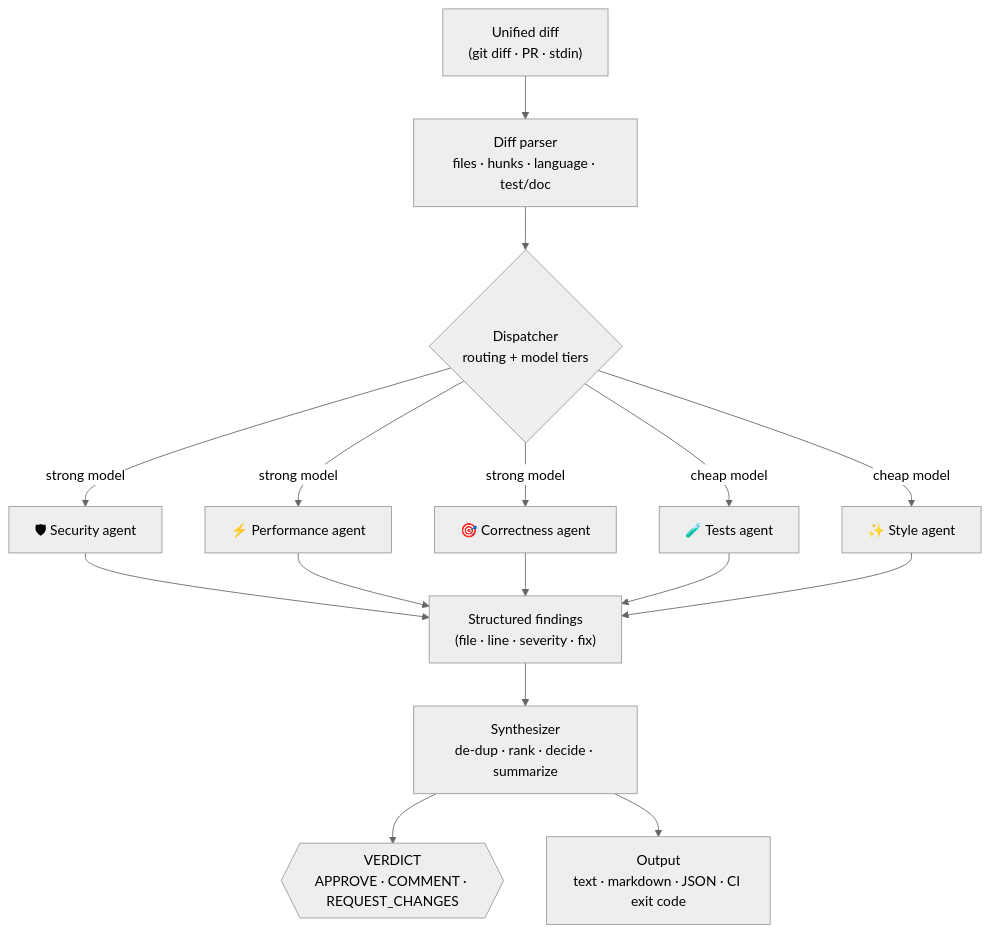
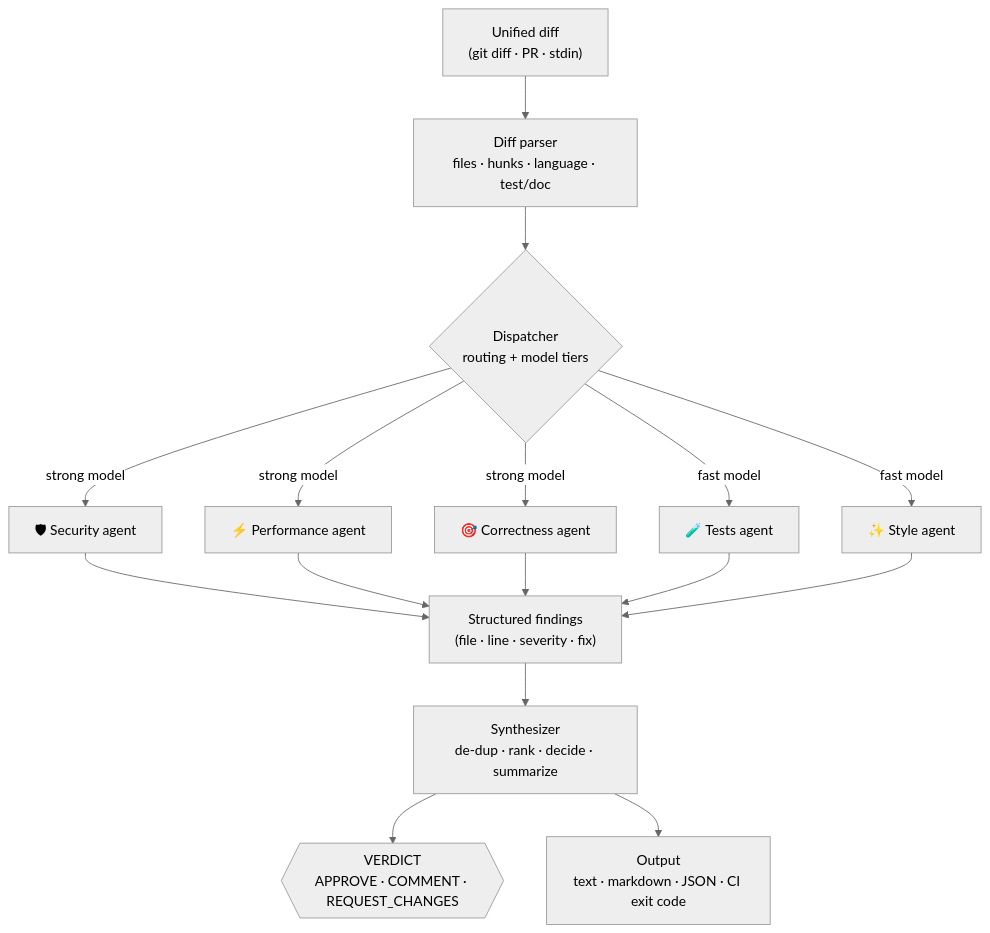
One commit to skmdroid/quorum changed the diagram in README.md. Above: the diagram before and after it, drawn with Mermaid (neutral theme). The commit also changed other lines of this file and 25 other files, not shown here.

````diff
--- a/README.md
+++ b/README.md
@@ -16,21 +16,21 @@
 ```mermaid
 flowchart TB
     A["Unified diff<br/>(git diff · PR · stdin)"] --> B["Diff parser<br/>files · hunks · language · test/doc"]
     B --> C{"Dispatcher<br/>routing + model tiers"}
 
     C -->|strong model| S["🛡 Security agent"]
     C -->|strong model| P["⚡ Performance agent"]
     C -->|strong model| K["🎯 Correctness agent"]
-    C -->|cheap model| T["🧪 Tests agent"]
-    C -->|cheap model| Y["✨ Style agent"]
+    C -->|fast model| T["🧪 Tests agent"]
+    C -->|fast model| Y["✨ Style agent"]
 
     S --> F["Structured findings<br/>(file · line · severity · fix)"]
     P --> F
     K --> F
     T --> F
     Y --> F
 
     F --> Z["Synthesizer<br/>de-dup · rank · decide · summarize"]
     Z --> V{{"VERDICT<br/>APPROVE · COMMENT · REQUEST_CHANGES"}}
     Z --> O["Output<br/>text · markdown · JSON · CI exit code"]
 ```
````
